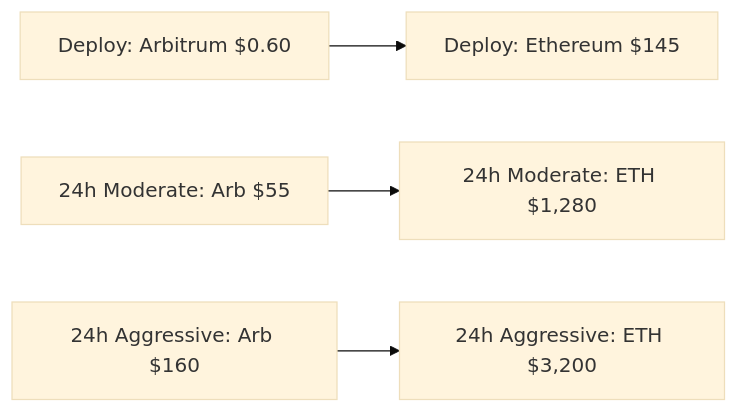
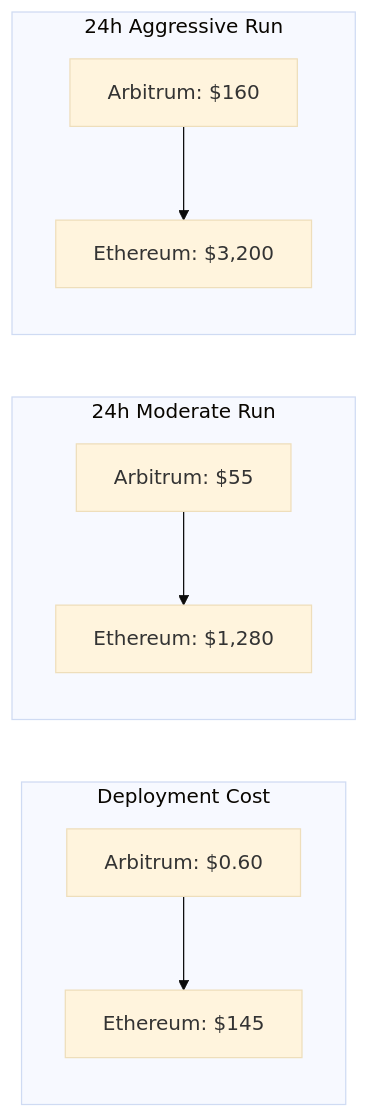
One commit to Gokulceo/uniswap-v3-mev-bot changed the second of 7 diagrams in README.md. Above: the diagram before and after it, drawn with Mermaid (base theme). The commit also changed other lines of this file, not shown here.

`````diff
--- a/README.md
+++ b/README.md
@@ -31,6 +69,14 @@
 ```mermaid
 flowchart LR
-  A[Deploy: Arbitrum $0.60] --> B[Deploy: Ethereum $145]
-  C[24h Moderate: Arb $55] --> D[24h Moderate: ETH $1,280]
-  E[24h Aggressive: Arb $160] --> F[24h Aggressive: ETH $3,200]
-````
+    subgraph Deployment Cost
+    A1[Arbitrum: $0.60] --> A2[Ethereum: $145]
+    end
+
+    subgraph 24h Moderate Run
+    B1[Arbitrum: $55] --> B2[Ethereum: $1,280]
+    end
+
+    subgraph 24h Aggressive Run
+    C1[Arbitrum: $160] --> C2[Ethereum: $3,200]
+    end
+```
`````
